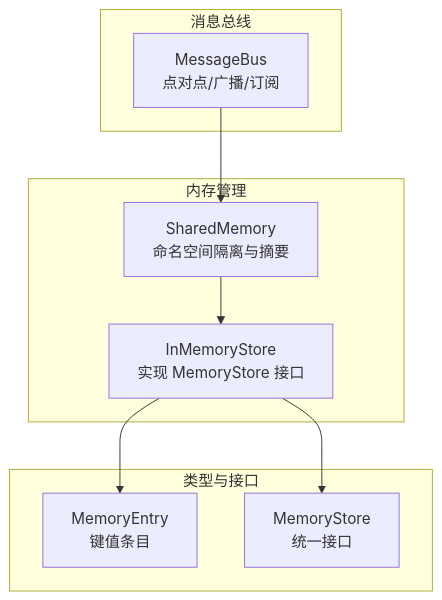
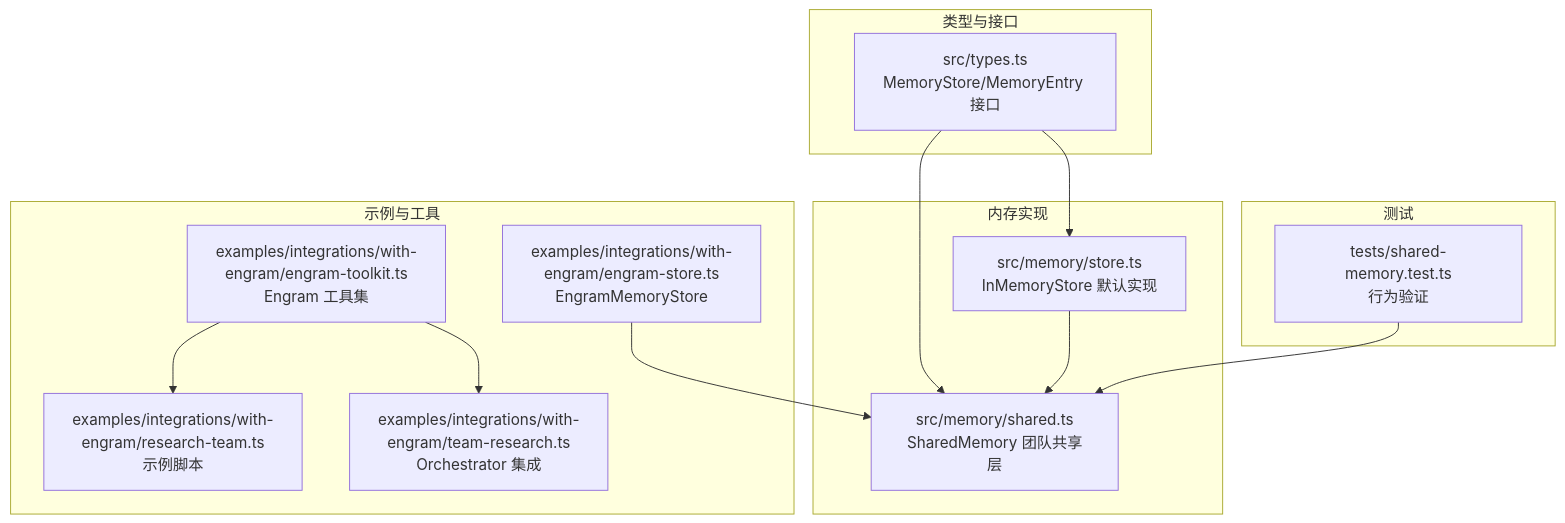
The first of 4 diagrams in .qoder/repowiki/zh/content/内存管理.md (haolange/open-multi-agent), drawn with Mermaid before and after one commit. The commit also changed other lines of this file and 100 other files, not shown here.

````diff
--- a/.qoder/repowiki/zh/content/内存管理.md
+++ b/.qoder/repowiki/zh/content/内存管理.md
@@ -43,18 +46,26 @@
 ```mermaid
 graph TB
-subgraph "内存管理"
-A["InMemoryStore<br/>实现 MemoryStore 接口"]
-B["SharedMemory<br/>命名空间隔离与摘要"]
+subgraph "类型与接口"
+T["src/types.ts<br/>MemoryStore/MemoryEntry 接口"]
 end
-subgraph "类型与接口"
-C["MemoryEntry<br/>键值条目"]
-D["MemoryStore<br/>统一接口"]
+subgraph "内存实现"
+IS["src/memory/store.ts<br/>InMemoryStore 默认实现"]
+SM["src/memory/shared.ts<br/>SharedMemory 团队共享层"]
 end
-subgraph "消息总线"
-E["MessageBus<br/>点对点/广播/订阅"]
+subgraph "示例与工具"
+ES["examples/integrations/with-engram/engram-store.ts<br/>EngramMemoryStore"]
+ET["examples/integrations/with-engram/engram-toolkit.ts<br/>Engram 工具集"]
+ER["examples/integrations/with-engram/research-team.ts<br/>示例脚本"]
+ERT["examples/integrations/with-engram/team-research.ts<br/>Orchestrator 集成"]
 end
-A --> C
-A --> D
-B --> A
-E --> B
+subgraph "测试"
+TS["tests/shared-memory.test.ts<br/>行为验证"]
+end
+T --> IS
+T --> SM
+IS --> SM
+ES --> SM
+ET --> ER
+ET --> ERT
+TS --> SM
 ```
````
